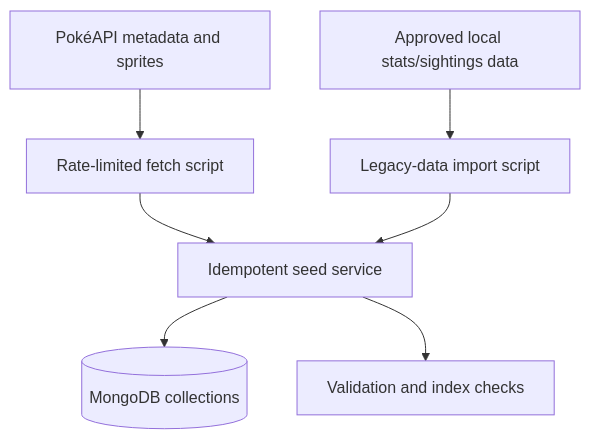
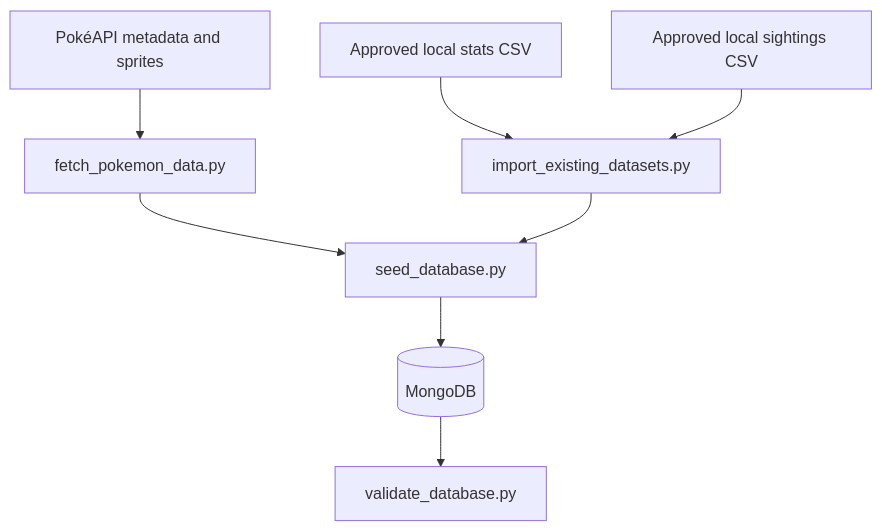
One commit to la3679/Pok-dex changed the third of 4 diagrams in docs/ARCHITECTURE.md. Above: the diagram before and after it, drawn with Mermaid. The commit also changed other lines of this file and 54 other files, not shown here.

````diff
--- a/docs/ARCHITECTURE.md
+++ b/docs/ARCHITECTURE.md
@@ -33,9 +71,10 @@
 ```mermaid
 flowchart TD
-  PokeAPI[PokéAPI metadata and sprites] --> Fetch[Rate-limited fetch script]
-  Existing[Approved local stats/sightings data] --> Import[Legacy-data import script]
-  Fetch --> Seed[Idempotent seed service]
-  Import --> Seed
-  Seed --> Mongo[(MongoDB collections)]
-  Seed --> Validate[Validation and index checks]
+  PokeAPI["PokéAPI metadata and sprites"] --> Fetch["fetch_pokemon_data.py"]
+  LocalStats["Approved local stats CSV"] --> Legacy["import_existing_datasets.py"]
+  LocalSightings["Approved local sightings CSV"] --> Legacy
+  Fetch --> Seed["seed_database.py"]
+  Legacy --> Seed
+  Seed --> Mongo[("MongoDB")]
+  Mongo --> Validate["validate_database.py"]
 ```
````
